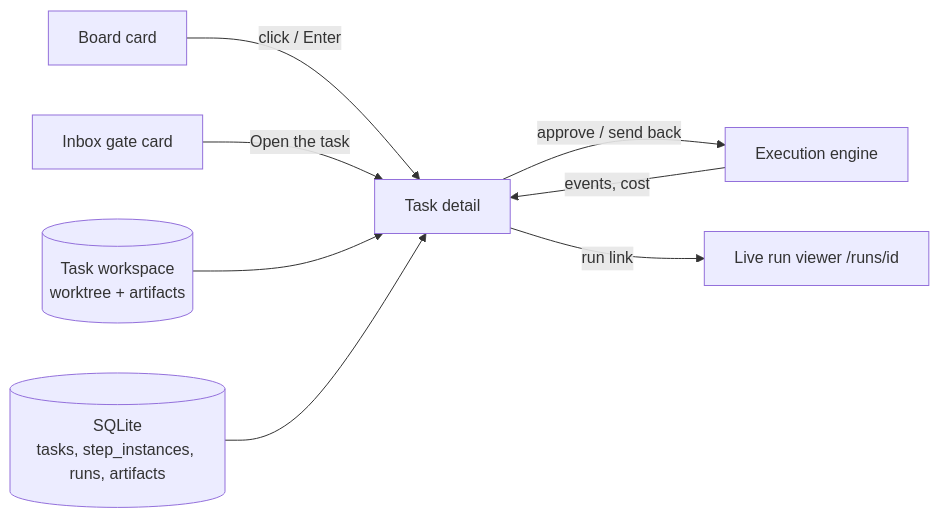
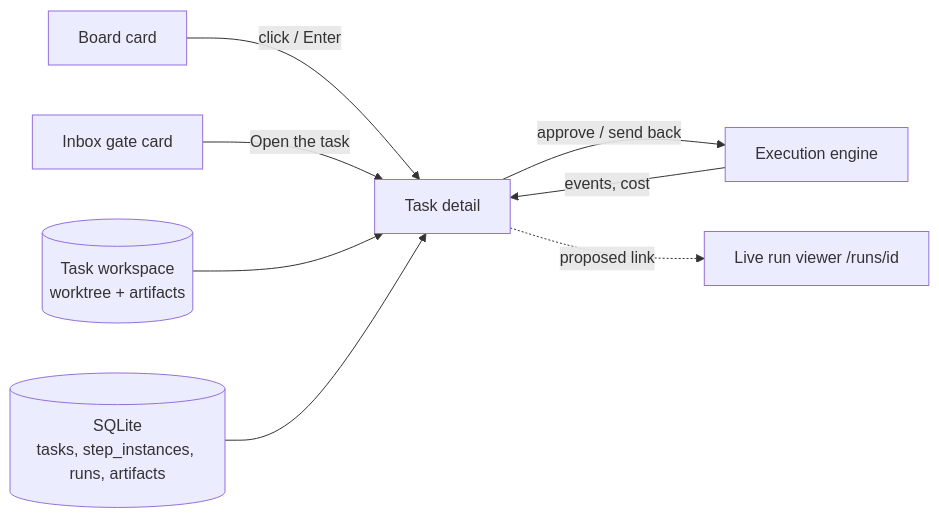
One commit to ClearCloudSoftware/flowboard changed the diagram in docs/FlowBoard/Task Detail/Task Detail Overview.md. Above: the diagram before and after it, drawn with Mermaid. The commit also changed other lines of this file and 25 other files, not shown here.

````diff
--- a/docs/FlowBoard/Task Detail/Task Detail Overview.md
+++ b/docs/FlowBoard/Task Detail/Task Detail Overview.md
@@ -25,10 +25,10 @@
 ```mermaid
 flowchart LR
   BOARD[Board card] -->|click / Enter| TD[Task detail]
   INBOX[Inbox gate card] -->|Open the task| TD
   TD -->|approve / send back| ENG[Execution engine]
-  TD -->|run link| VIEW[Live run viewer /runs/id]
+  TD -. proposed link .-> VIEW[Live run viewer /runs/id]
   ENG -->|events, cost| TD
   WS[(Task workspace<br/>worktree + artifacts)] --> TD
   DB[(SQLite<br/>tasks, step_instances, runs, artifacts)] --> TD
 ```
````
